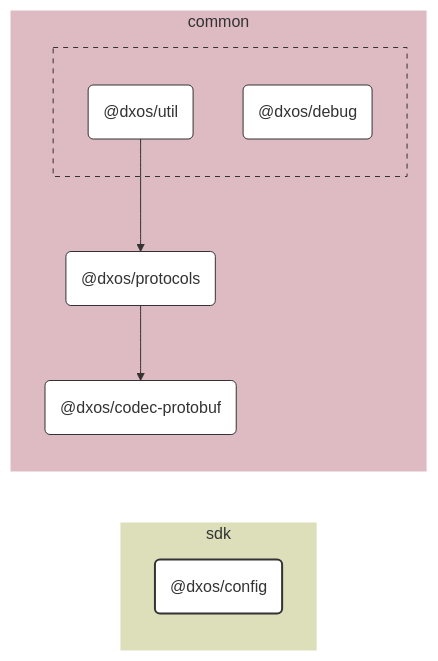
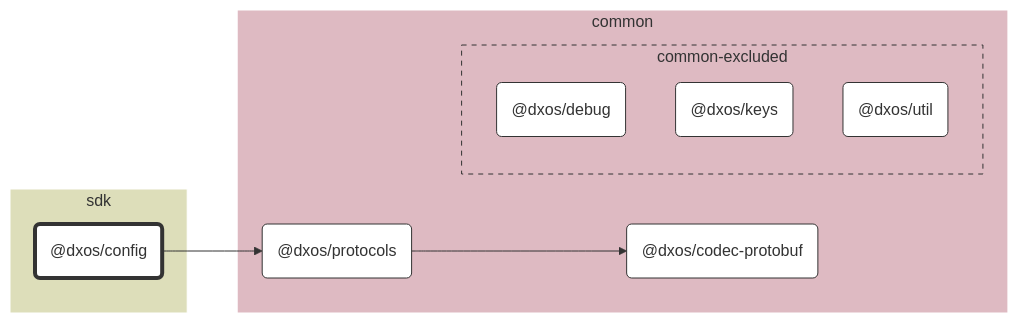
The diagram in packages/sdk/config/docs/README.md (dxos/dxos), drawn with Mermaid before and after one commit. The commit also changed other lines of this file and 683 other files, not shown here.

````diff
--- a/packages/sdk/config/docs/README.md
+++ b/packages/sdk/config/docs/README.md
@@ -7,49 +7,40 @@
 ```mermaid
 %%{ init: {'flowchart':{'curve':'basis'}} }%%
 
 flowchart LR
 
-%% Links
-dxos/protocols --> dxos/codec-protobuf;
-dxos/util --> dxos/protocols;
+%% Classes
+classDef def fill:#fff,stroke:#333,stroke-width:1px
+classDef root fill:#fff,stroke:#333,stroke-width:4px
 
-%% Sections
-subgraph sdk
-  style sdk fill:#dddeba,stroke:#fff;
+%% Nodes
 
-  dxos/config("@dxos/config")
+subgraph sdk [sdk]
+  style sdk fill:#dddeba,stroke:#fff
+  dxos/config("@dxos/config"):::root
+  click dxos/config "dxos/dxos/tree/main/packages/sdk/config/docs"
 end
 
-subgraph common
-  style common fill:#debac2,stroke:#fff;
+subgraph common [common]
+  style common fill:#debac2,stroke:#fff
+  dxos/codec-protobuf("@dxos/codec-protobuf"):::def
+  click dxos/codec-protobuf "dxos/dxos/tree/main/packages/common/codec-protobuf/docs"
+  dxos/protocols("@dxos/protocols"):::def
+  click dxos/protocols "dxos/dxos/tree/main/packages/common/protocols/docs"
 
-  dxos/codec-protobuf("@dxos/codec-protobuf")
-  dxos/protocols("@dxos/protocols")
-
-  subgraph common-excluded [ ]
-    style common-excluded fill:#debac2,stroke:#333,stroke-dasharray:5 5;
-
-    dxos/debug("@dxos/debug")
-    dxos/util("@dxos/util")
+  subgraph common-excluded [common-excluded]
+    style common-excluded fill:#debac2,stroke:#333,stroke-dasharray:5 5
+    dxos/debug("@dxos/debug"):::def
+    click dxos/debug "dxos/dxos/tree/main/packages/common/debug/docs"
+    dxos/keys("@dxos/keys"):::def
+    click dxos/keys "dxos/dxos/tree/main/packages/common/keys/docs"
+    dxos/util("@dxos/util"):::def
+    click dxos/util "dxos/dxos/tree/main/packages/common/util/docs"
   end
 end
 
-
-%% Hyperlinks
-click dxos/codec-protobuf "dxos/dxos/tree/main/packages/common/codec-protobuf/docs";
-click dxos/debug "dxos/dxos/tree/main/packages/common/debug/docs";
-click dxos/protocols "dxos/dxos/tree/main/packages/common/protocols/docs";
-click dxos/util "dxos/dxos/tree/main/packages/common/util/docs";
-
-%% Styles
-classDef rootNode fill:#fff,stroke:#333,stroke-width:2px
-classDef defaultNode fill:#fff,stroke:#333,stroke-width:1px
+%% Links
 linkStyle default stroke:#333,stroke-width:1px
-
-dxos/config:::rootNode
-
-dxos/codec-protobuf:::defaultNode
-dxos/debug:::defaultNode
-dxos/protocols:::defaultNode
-dxos/util:::defaultNode
+dxos/config --> dxos/protocols
+dxos/protocols --> dxos/codec-protobuf
 ```
````
